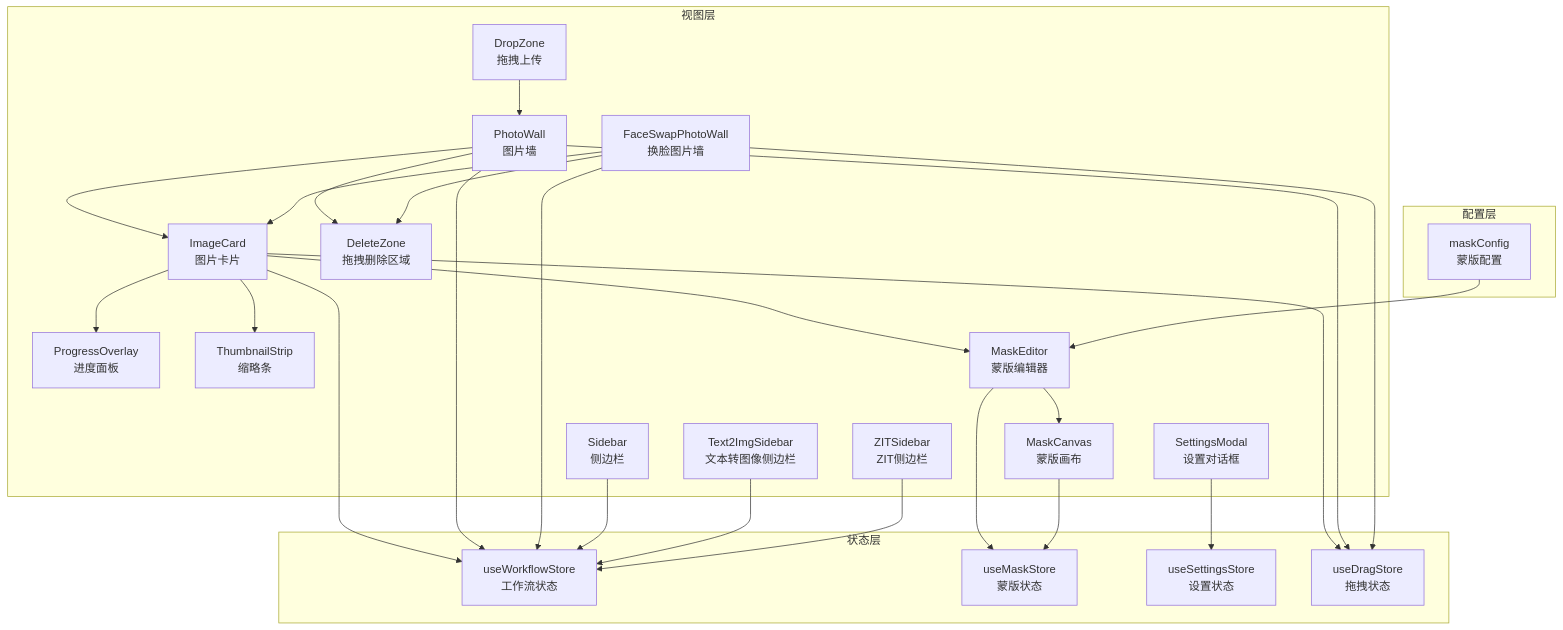
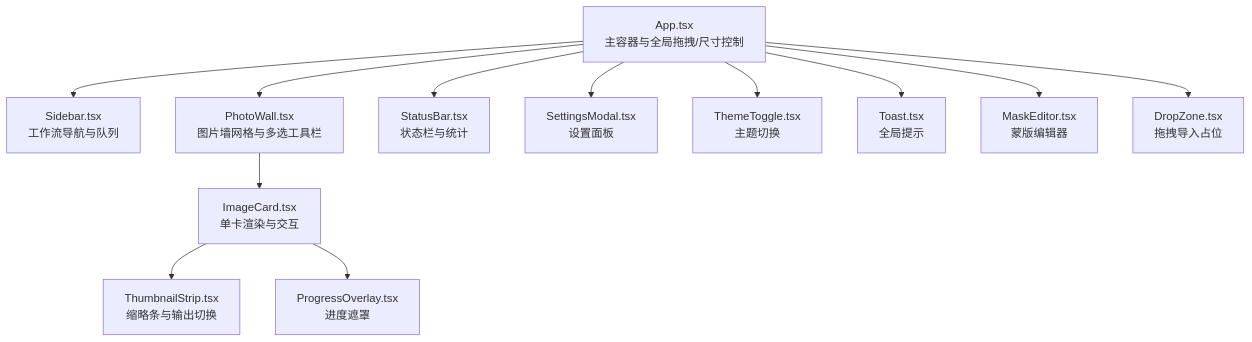
The first of 3 diagrams in .qoder/repowiki/zh/content/用户界面组件/用户界面组件.md (billye220670/CorineKit_Pix2Real), drawn with Mermaid before and after one commit. The commit also changed other lines of this file and 315 other files, not shown here.

````diff
--- a/.qoder/repowiki/zh/content/用户界面组件/用户界面组件.md
+++ b/.qoder/repowiki/zh/content/用户界面组件/用户界面组件.md
@@ -57,49 +40,14 @@
 ```mermaid
 graph TB
-subgraph "视图层"
-PW["PhotoWall<br/>图片墙"]
-DZ["DropZone<br/>拖拽上传"]
-PO["ProgressOverlay<br/>进度面板"]
-SM["SettingsModal<br/>设置对话框"]
-IC["ImageCard<br/>图片卡片"]
-FSPW["FaceSwapPhotoWall<br/>换脸图片墙"]
-TS["ThumbnailStrip<br/>缩略条"]
-ME["MaskEditor<br/>蒙版编辑器"]
-MC["MaskCanvas<br/>蒙版画布"]
-SIDEBAR["Sidebar<br/>侧边栏"]
-T2I["Text2ImgSidebar<br/>文本转图像侧边栏"]
-ZIT["ZITSidebar<br/>ZIT侧边栏"]
-DDZ["DeleteZone<br/>拖拽删除区域"]
-end
-subgraph "状态层"
-WFS["useWorkflowStore<br/>工作流状态"]
-MS["useMaskStore<br/>蒙版状态"]
-SS["useSettingsStore<br/>设置状态"]
-DS["useDragStore<br/>拖拽状态"]
-end
-subgraph "配置层"
-MCfg["maskConfig<br/>蒙版配置"]
-end
-PW --> IC
-PW --> DDZ
-IC --> PO
-IC --> TS
-IC --> ME
-ME --> MC
-FSPW --> IC
-FSPW --> DDZ
-DZ --> PW
-SM --> SS
-IC --> WFS
-PW --> WFS
-FSPW --> WFS
-ME --> MS
-MC --> MS
-IC --> DS
-PW --> DS
-FSPW --> DS
-SIDEBAR --> WFS
-T2I --> WFS
-ZIT --> WFS
-MCfg --> ME
+App["App.tsx<br/>主容器与全局拖拽/尺寸控制"] --> Sidebar["Sidebar.tsx<br/>工作流导航与队列"]
+App --> PhotoWall["PhotoWall.tsx<br/>图片墙网格与多选工具栏"]
+PhotoWall --> ImageCard["ImageCard.tsx<br/>单卡渲染与交互"]
+ImageCard --> ThumbnailStrip["ThumbnailStrip.tsx<br/>缩略条与输出切换"]
+ImageCard --> ProgressOverlay["ProgressOverlay.tsx<br/>进度遮罩"]
+App --> StatusBar["StatusBar.tsx<br/>状态栏与统计"]
+App --> SettingsModal["SettingsModal.tsx<br/>设置面板"]
+App --> ThemeToggle["ThemeToggle.tsx<br/>主题切换"]
+App --> Toast["Toast.tsx<br/>全局提示"]
+App --> MaskEditor["MaskEditor.tsx<br/>蒙版编辑器"]
+App --> DropZone["DropZone.tsx<br/>拖拽导入占位"]
 ```
````
